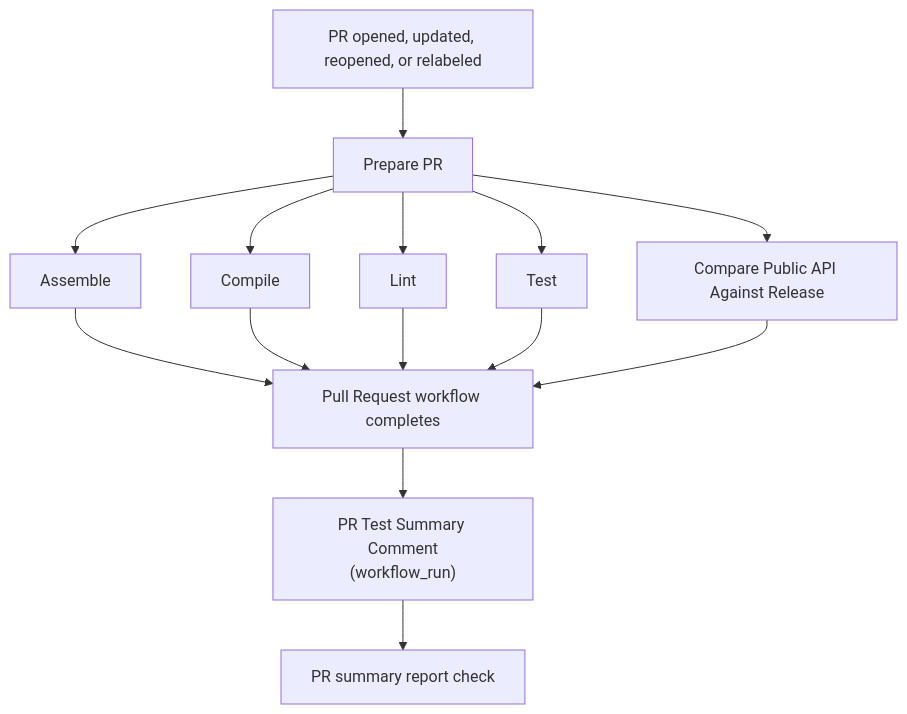
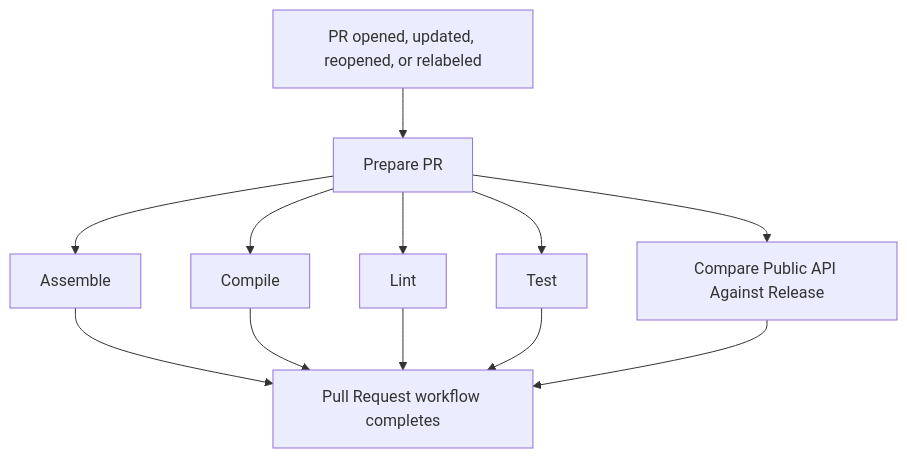
One commit to HDCharts/charts changed the diagram in docs/workflows/pull-request-orchestration.md. Above: the diagram before and after it, drawn with Mermaid. The commit also changed other lines of this file and 7 other files, not shown here.

````diff
--- a/docs/workflows/pull-request-orchestration.md
+++ b/docs/workflows/pull-request-orchestration.md
@@ -10,16 +9,14 @@
 ```mermaid
 flowchart TD
   A["PR opened, updated, reopened, or relabeled"] --> B["Prepare PR"]
   B --> C["Assemble"]
   B --> D["Compile"]
   B --> E["Lint"]
   B --> F["Test"]
   B --> G["Compare Public API Against Release"]
   C --> H["Pull Request workflow completes"]
   D --> H
   E --> H
   F --> H
   G --> H
-  H --> I["PR Test Summary Comment\n(workflow_run)"]
-  I --> J["PR summary report check"]
 ```
````
